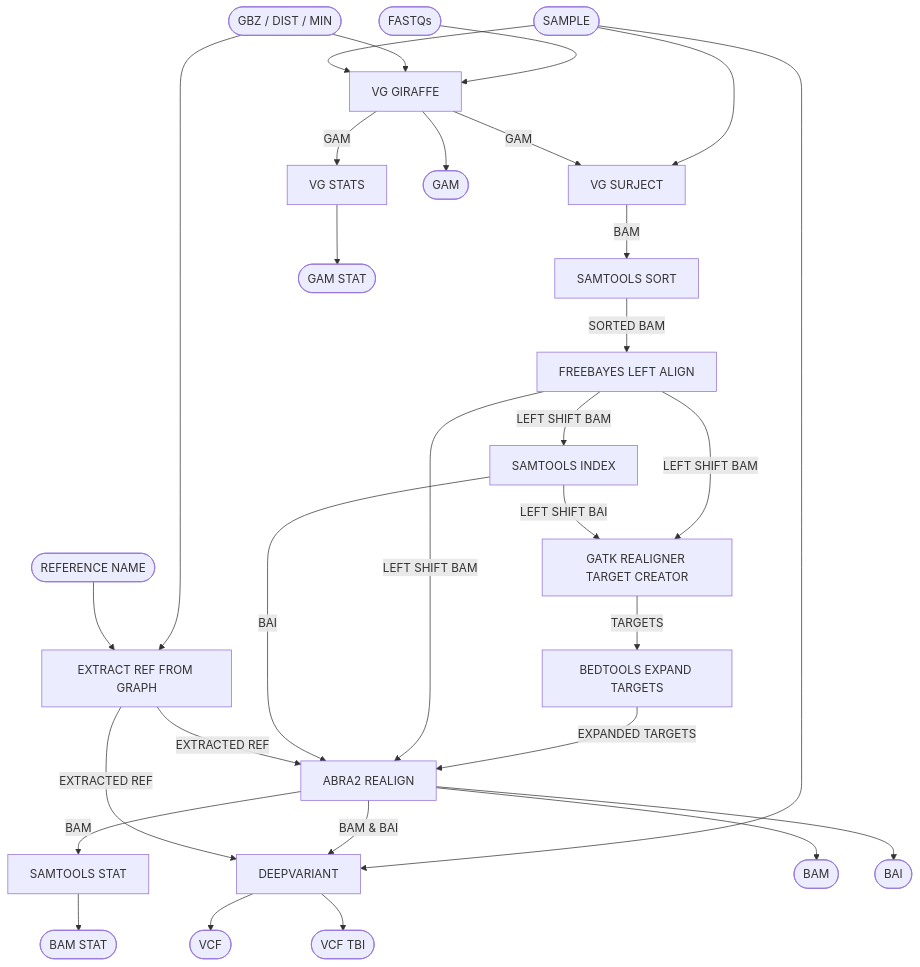
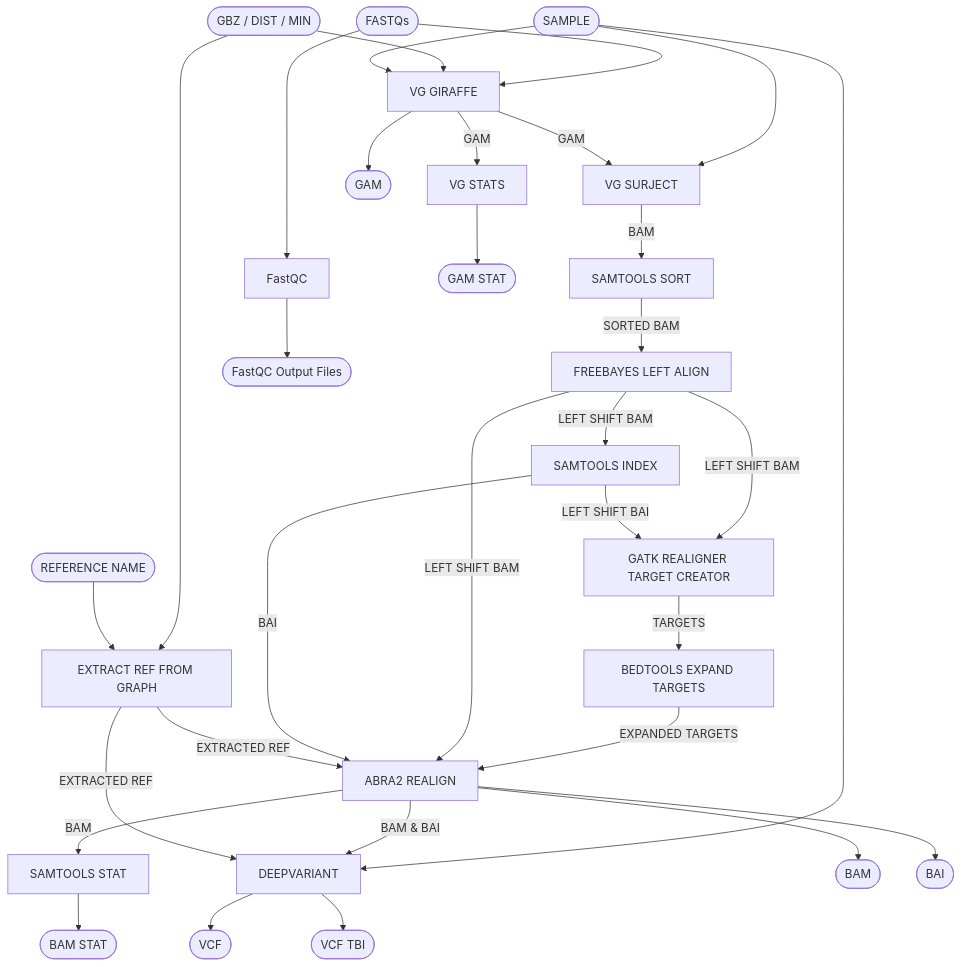
Before and after one commit to twlab/cig-pipelines: the diagram in wdl/pipelines/pangenome/wgs.doc.md, drawn with Mermaid.

````diff
--- a/wdl/pipelines/pangenome/wgs.doc.md
+++ b/wdl/pipelines/pangenome/wgs.doc.md
@@ -6,37 +6,41 @@
 ```mermaid
-  flowchart TB;
-      i1([FASTQs]);
-      i2([GBZ / DIST / MIN]);
-      i3([SAMPLE])
-      i4([REFERENCE NAME])
+flowchart TB;
+  i1([FASTQs]);
+  i2([GBZ / DIST / MIN]);
+  i3([SAMPLE])
+  i4([REFERENCE NAME])
 
-      s1[VG GIRAFFE];
-      s2[VG STATS];
-      s3[EXTRACT REF FROM GRAPH];
-      s4[VG SURJECT];
-      s5[SAMTOOLS SORT];
-      s6[FREEBAYES LEFT ALIGN];
-      s7[SAMTOOLS INDEX];
-      s8[GATK REALIGNER TARGET CREATOR];
-      s9[BEDTOOLS EXPAND TARGETS];
-      s10[ABRA2 REALIGN];
-      s11[DEEPVARIANT];
-      s12[SAMTOOLS STAT];
+  s0[FastQC]
+  s1[VG GIRAFFE];
+  s2[VG STATS];
+  s3[EXTRACT REF FROM GRAPH];
+  s4[VG SURJECT];
+  s5[SAMTOOLS SORT];
+  s6[FREEBAYES LEFT ALIGN];
+  s7[SAMTOOLS INDEX];
+  s8[GATK REALIGNER TARGET CREATOR];
+  s9[BEDTOOLS EXPAND TARGETS];
+  s10[ABRA2 REALIGN];
+  s11[DEEPVARIANT];
+  s12[SAMTOOLS STAT];
 
-      o1([GAM])
-      o2([GAM STAT])
-      o3([BAM])
-      o4([BAI])
-      o5([BAM STAT])
-      o6([VCF])
-      o7([VCF TBI])
+  o0([FastQC Output Files])
+  o1([GAM])
+  o2([GAM STAT])
+  o3([BAM])
+  o4([BAI])
+  o5([BAM STAT])
+  o6([VCF])
+  o7([VCF TBI])
 
-      i1-->s1; i2-->s1; i3-->s1; i3-->s4; i3-->s11;
-      s1--GAM-->s2;
-      s1--GAM-->s4--BAM-->s5--SORTED BAM-->s6--LEFT SHIFT BAM-->s8--TARGETS-->s9--EXPANDED TARGETS-->s10--BAM & BAI-->s11;
-      s6--LEFT SHIFT BAM-->s10;
-      s6--LEFT SHIFT BAM-->s7--BAI-->s10; s7--LEFT SHIFT BAI-->s8;
-      s10--BAM-->s12;
-      i2-->s3; i4-->s3; s3--EXTRACTED REF-->s10; s3--EXTRACTED REF-->s11;
-      s1-->o1; s2-->o2; s10-->o3; s10-->o4; s12-->o5; s11-->o6; s11-->o7;
+  i1---->s0;
+  i1-->s1; i2-->s1; i3-->s1; i3-->s4; i3-->s11;
+  s1--GAM-->s2;
+  s1--GAM-->s4--BAM-->s5--SORTED BAM-->s6--LEFT SHIFT BAM-->s8--TARGETS-->s9--EXPANDED TARGETS-->s10--BAM & BAI-->s11;
+  s6--LEFT SHIFT BAM-->s10;
+  s6--LEFT SHIFT BAM-->s7--BAI-->s10; s7--LEFT SHIFT BAI-->s8;
+  s10--BAM-->s12;
+  i2-->s3; i4-->s3; s3--EXTRACTED REF-->s10; s3--EXTRACTED REF-->s11;
+
+  s0-->o0; s1-->o1; s2-->o2; s10-->o3; s10-->o4; s12-->o5; s11-->o6; s11-->o7;
 ```
````
